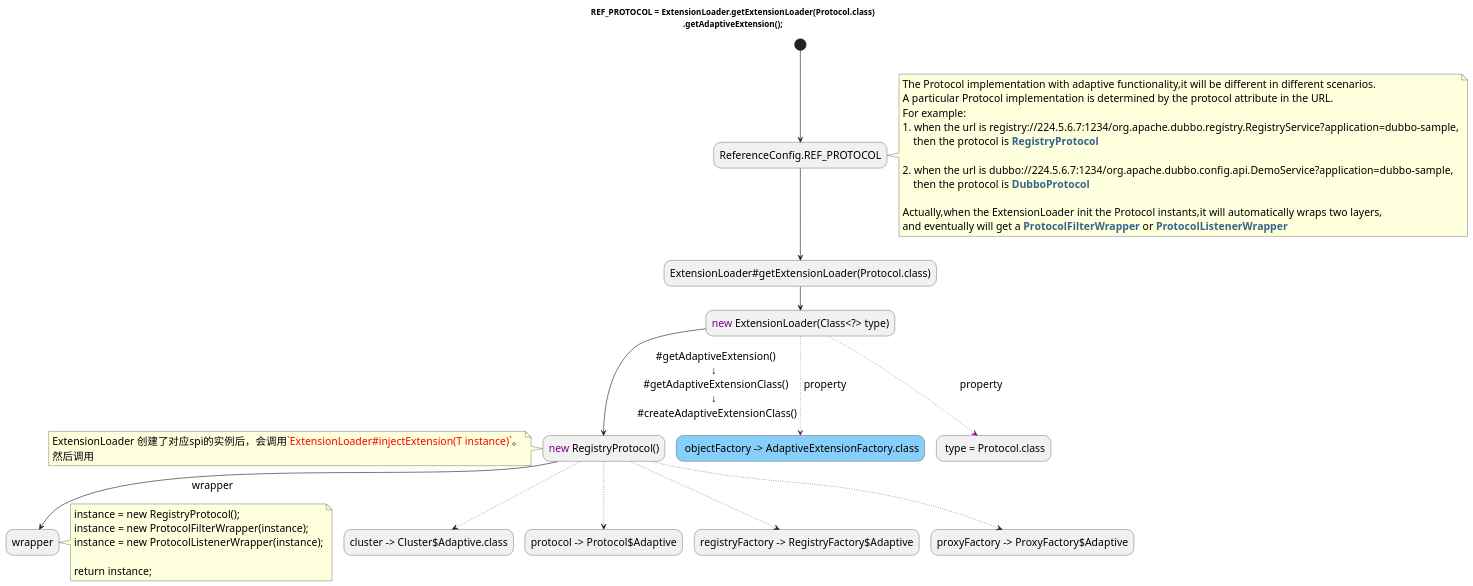
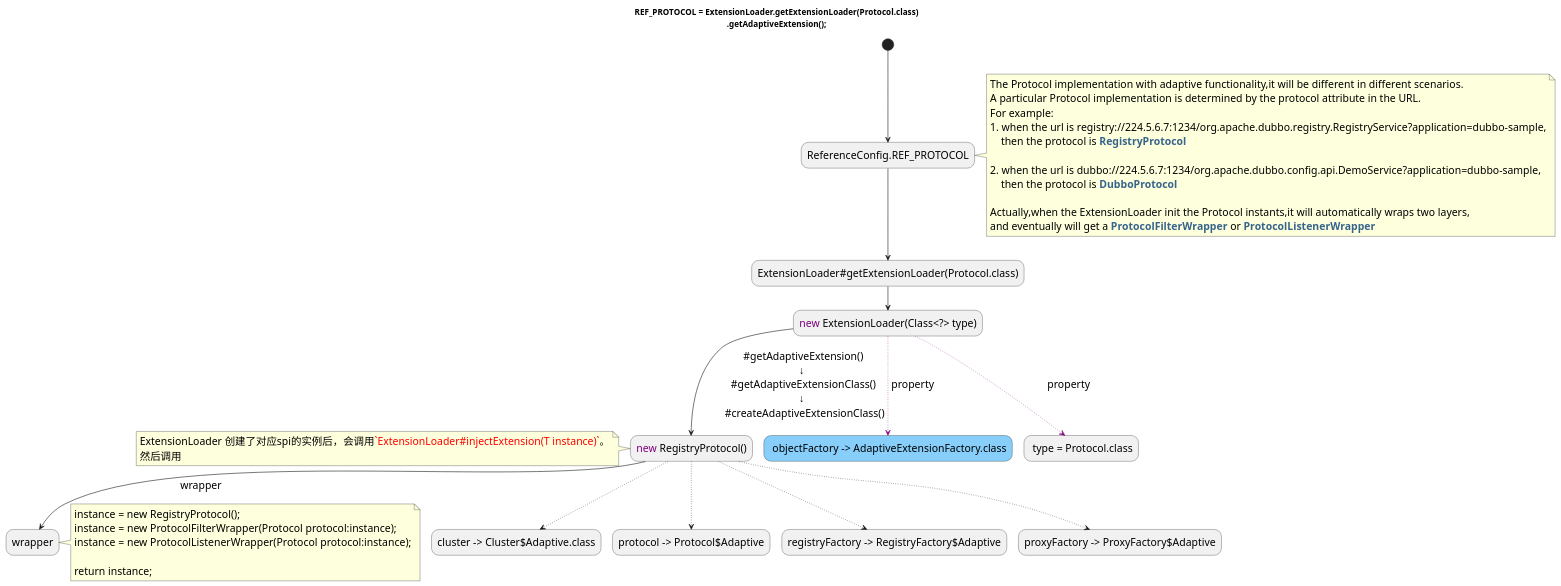
Before and after one commit to vergilyn/dubbo: the diagram in vergilyn-dubbo-examples/docs/plant-uml/dubbo_reference_config_ref_protocol.puml, drawn with PlantUML. The commit also changed 17 other files, not shown here.

```diff
--- a/vergilyn-dubbo-examples/docs/plant-uml/dubbo_reference_config_ref_protocol.puml
+++ b/vergilyn-dubbo-examples/docs/plant-uml/dubbo_reference_config_ref_protocol.puml
@@ -1,51 +1,51 @@
 @startuml
 skinparam DefaultFontSize 18
 
 skinparam activity{
   BackgroundColor<< important >> LightSkyBlue
 }
 
 title REF_PROTOCOL = ExtensionLoader.getExtensionLoader(Protocol.class)\n.getAdaptiveExtension();
 (*)  --> "ReferenceConfig.REF_PROTOCOL"
 note right
 The Protocol implementation with adaptive functionality,it will be different in different scenarios.
 A particular Protocol implementation is determined by the protocol attribute in the URL.
 For example:
 1. when the url is registry://224.5.6.7:1234/org.apache.dubbo.registry.RegistryService?application=dubbo-sample,
     then the protocol is <color:#36648B>**RegistryProtocol**</color>
 
 2. when the url is dubbo://224.5.6.7:1234/org.apache.dubbo.config.api.DemoService?application=dubbo-sample,
     then the protocol is <color:#36648B>**DubboProtocol**</color>
 
 Actually,when the ExtensionLoader init the Protocol instants,it will automatically wraps two layers,
 and eventually will get a <color:#36648B>**ProtocolFilterWrapper**</color> or <color:#36648B>**ProtocolListenerWrapper**</color>
 endnote
 
 --> "ExtensionLoader#getExtensionLoader(Protocol.class)"
 --> "<color:purple>new</color> ExtensionLoader(Class<?> type)" AS ExtensionLoader
 ExtensionLoader .[#purple].>[ property] " objectFactory -> AdaptiveExtensionFactory.class" AS ExtensionLoader.objectFactory <<important>>
 
 ExtensionLoader .[#purple].>[ property] " type = Protocol.class" AS ExtensionLoader.type
 
 ExtensionLoader -->[ #getAdaptiveExtension() \n↓\n #getAdaptiveExtensionClass() \n↓\n #createAdaptiveExtensionClass()] "
 <color:purple>new</color> RegistryProtocol()" AS RegistryProtocol
 note left
 ExtensionLoader 创建了对应spi的实例后，会调用<color:red>`ExtensionLoader#injectExtension(T instance)`</color>。
 然后调用
 endnote
 
 RegistryProtocol ..> "cluster -> Cluster$Adaptive.class" AS RegistryProtocol.cluster
 RegistryProtocol ..> "protocol -> Protocol$Adaptive" AS RegistryProtocol.protocol
 RegistryProtocol ..> "registryFactory -> RegistryFactory$Adaptive" AS RegistryProtocol.registryFactory
 RegistryProtocol ..> "proxyFactory -> ProxyFactory$Adaptive" AS RegistryProtocol.proxyFactory
 
 RegistryProtocol -->[ wrapper] "wrapper"
 note right
 instance = new RegistryProtocol();
-instance = new ProtocolFilterWrapper(instance);
-instance = new ProtocolListenerWrapper(instance);
+instance = new ProtocolFilterWrapper(Protocol protocol:instance);
+instance = new ProtocolListenerWrapper(Protocol protocol:instance);
 
 return instance;
 endnote
 
 @enduml
```
